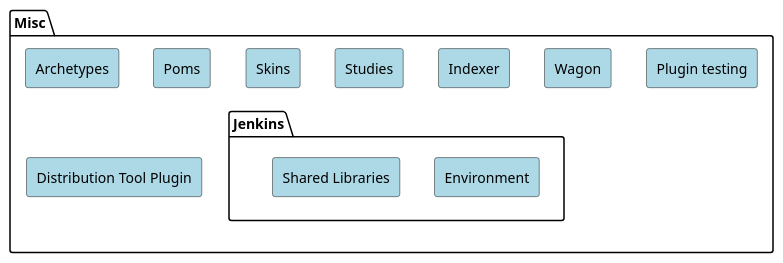
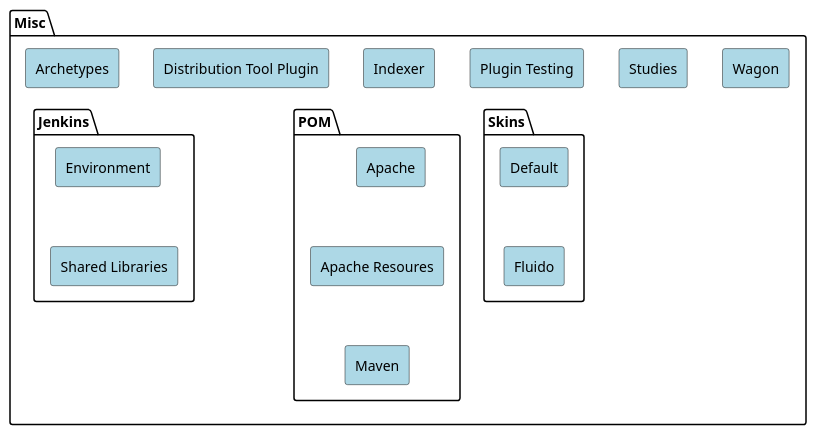
The diagram in src/plantuml/maven-sources/misc.puml (apache/maven-site), drawn with PlantUML before and after one commit. The commit also changed 4 other files, not shown here.

```diff
--- a/src/plantuml/maven-sources/misc.puml
+++ b/src/plantuml/maven-sources/misc.puml
@@ -19,47 +19,72 @@
 @startuml
 
 <style>
     rectangle {
         BackgroundColor LightBlue
     }
 }
 </style>
 
 package Misc {
   rectangle Archetypes
-  rectangle Poms
-  rectangle Skins
-  rectangle Studies
+  rectangle "Distribution Tool Plugin"
   rectangle Indexer
-  rectangle Wagon
-  rectangle "Plugin testing"
-  rectangle "Distribution Tool Plugin"
   package Jenkins {
     rectangle Environment
     rectangle "Shared Libraries"
   }
+  rectangle "Plugin Testing"
+  package POM {
+    rectangle "Apache"
+    rectangle "Apache Resoures"
+    rectangle "Maven"
+  }
+  package Skins {
+    rectangle Default
+    rectangle Fluido
+  }
+  rectangle Studies
+  rectangle Wagon
 }
 
 'hidden dependencies to change layout
-Archetypes -[hidden]right-> Poms
-Poms -[hidden]right-> Skins
-Skins -[hidden]right-> Studies
-Studies -[hidden]right-> Indexer
-Indexer -[hidden]right-> Wagon
-Wagon -[hidden]right-> "Plugin testing"
+Archetypes -[hidden]> "Distribution Tool Plugin"
+"Distribution Tool Plugin" -[hidden]> Indexer
+Indexer -[hidden]> "Plugin Testing"
+"Plugin Testing" -[hidden]> Studies
+Studies -[hidden]> Wagon
 
-Archetypes -[hidden]down-> "Distribution Tool Plugin"
-"Distribution Tool Plugin" -[hidden]right-> Jenkins
+Environment -[hidden]down-> "Shared Libraries"
+'"Shared Libraries" -[hidden]> "Plugin Testing"
+
+"Apache" -[hidden]down-> "Apache Resoures"
+"Apache Resoures" -[hidden]down-> "Maven"
+'"Apache" -[hidden]> Default
+
+Default -[hidden]down-> Fluido
+'Default -[hidden]> Studies
+
+Archetypes -[hidden]down-> Environment
+Indexer -[hidden]down-> "Apache"
+"Plugin Testing" -[hidden]down-> Default
 
 url of "Archetypes" is [[https://github.com/apache/maven-archetype]]
-url of Poms is [[https://github.com/apache/maven-parent]]
-url of Skins is [[https://github.com/apache/maven-skins]]
-url of Studies is [[https://github.com/apache/maven-studies]]
+url of "Distribution Tool Plugin" is [[https://github.com/apache/maven-dist-tool]]
 url of Indexer is [[https://github.com/apache/maven-indexer]]
-url of Wagon is [[hhttps://github.com/apache/maven-wagon]]
-url of "Plugin testing" is [[https://github.com/apache/maven-plugin-testing]]
-url of "Distribution Tool Plugin" is [[https://github.com/apache/maven-dist-tool]]
+
 url of Environment is [[https://github.com/apache/maven-jenkins-env]]
 url of "Shared Libraries" is [[https://github.com/apache/maven-jenkins-lib]]
 
+url of "Plugin Testing" is [[https://github.com/apache/maven-plugin-testing]]
+
+url of "Apache" is [[https://github.com/apache/maven-apache-parent]]
+url of "Apache Resoures" is [[https://github.com/apache/maven-apache-resources]]
+url of "Maven" is [[https://github.com/apache/maven-parent]]
+
+url of Default is [[https://github.com/apache/maven-default-skin]]
+url of Fluido is [[https://github.com/apache/maven-fluido-skin]]
+
+url of Studies is [[https://github.com/apache/maven-studies]]
+url of Wagon is [[https://github.com/apache/maven-wagon]]
+
 @enduml
```
